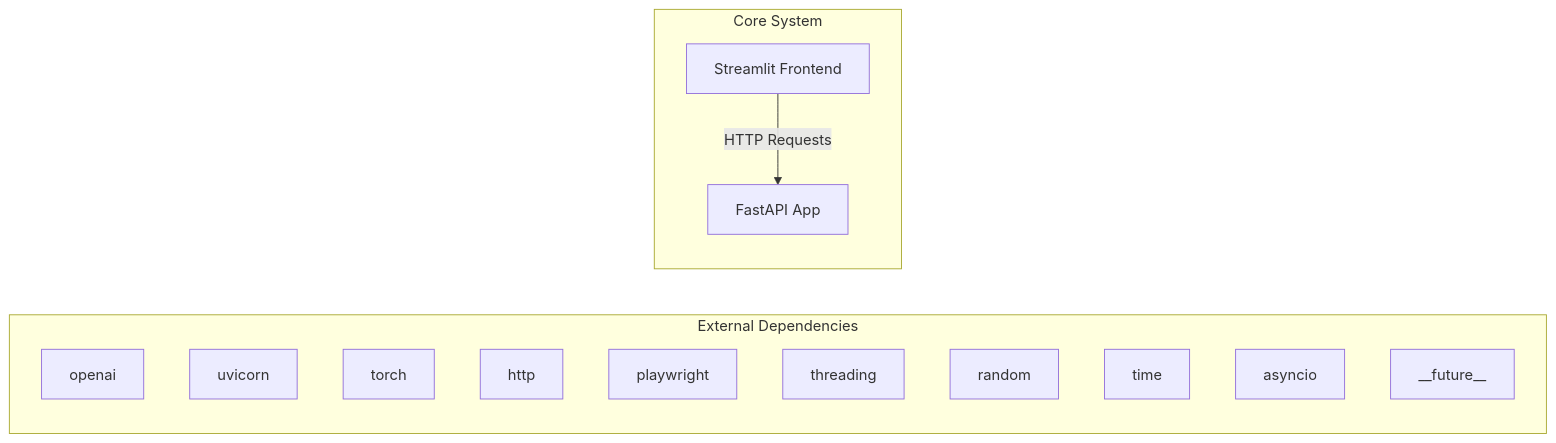
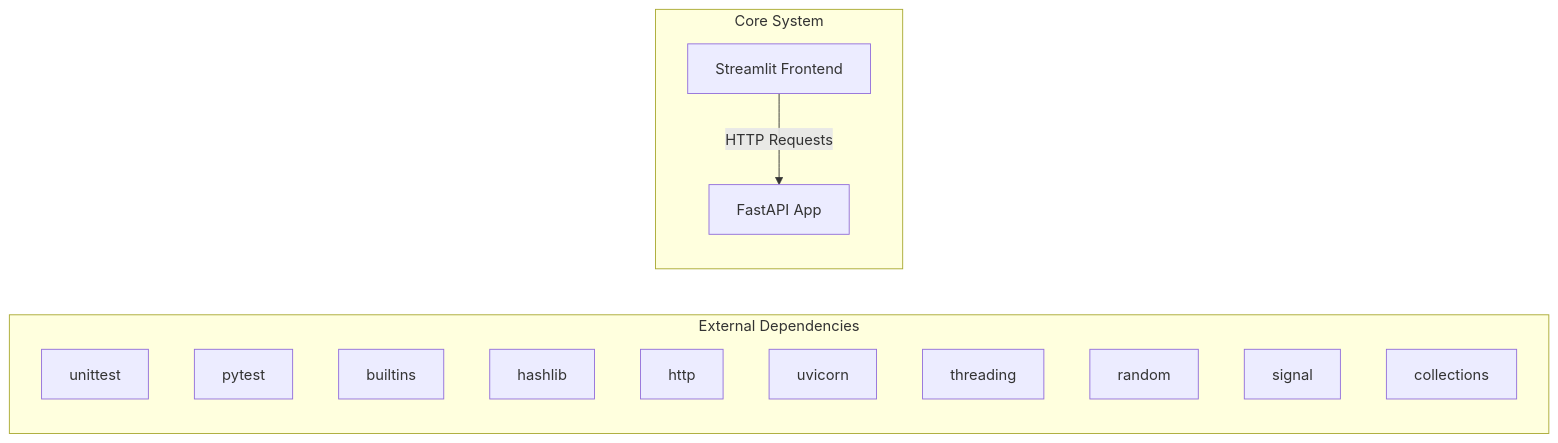
Before and after one commit to NITISH-R-G/rag-context-optimizer: the first of 2 diagrams in docs/architecture.md, drawn with Mermaid. The commit also changed 1 other file, not shown here.

Commit message:
docs: auto-update repository knowledge, architecture diagrams, and documentation

````diff
--- a/docs/architecture.md
+++ b/docs/architecture.md
@@ -7,20 +7,20 @@
 ```mermaid
 graph LR
     subgraph External Dependencies
-        E0["openai"]
-        E1["uvicorn"]
-        E2["torch"]
-        E3["http"]
-        E4["playwright"]
-        E5["threading"]
-        E6["random"]
-        E7["time"]
-        E8["asyncio"]
-        E9["__future__"]
+        E0["unittest"]
+        E1["pytest"]
+        E2["builtins"]
+        E3["hashlib"]
+        E4["http"]
+        E5["uvicorn"]
+        E6["threading"]
+        E7["random"]
+        E8["signal"]
+        E9["collections"]
     end
     subgraph Core System
         API["FastAPI App"]
         UI["Streamlit Frontend"]
     end
     UI -->|HTTP Requests| API
 ```
````
